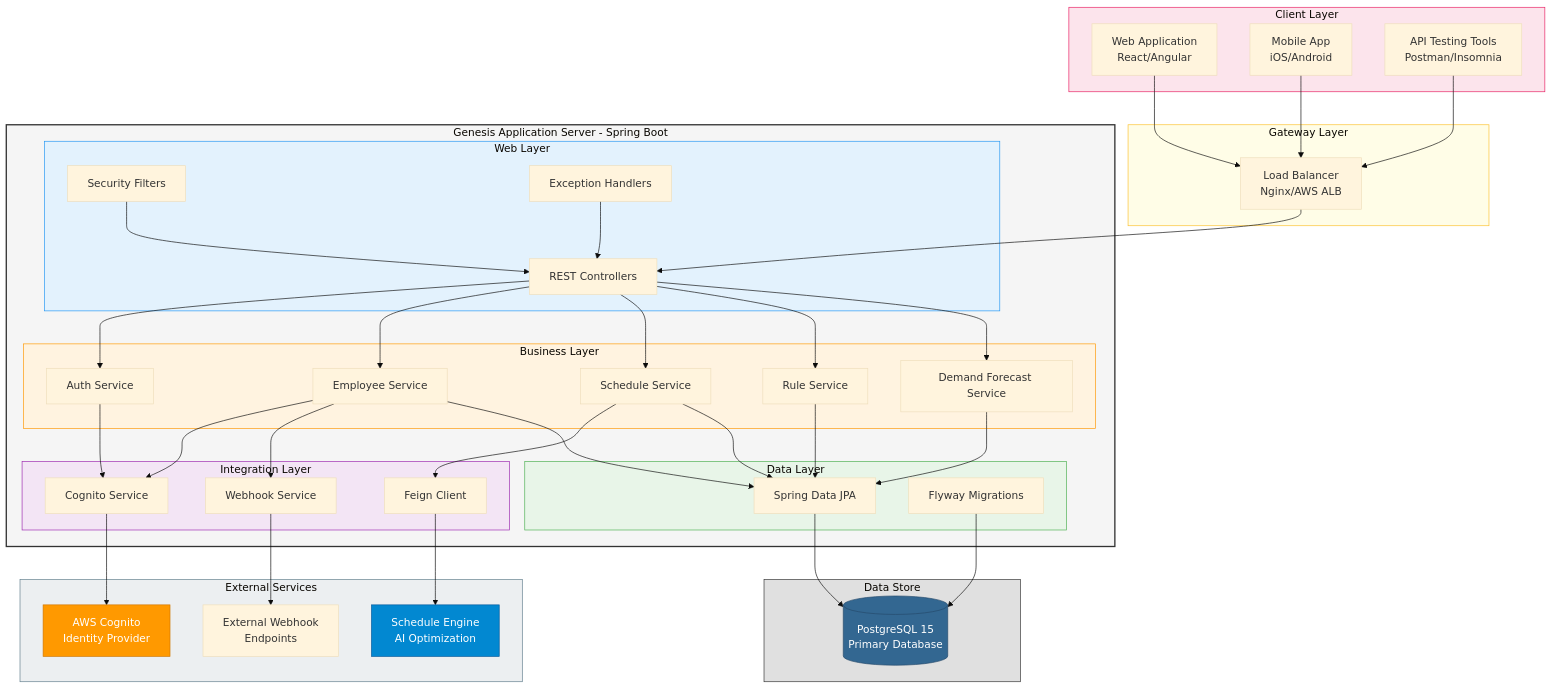
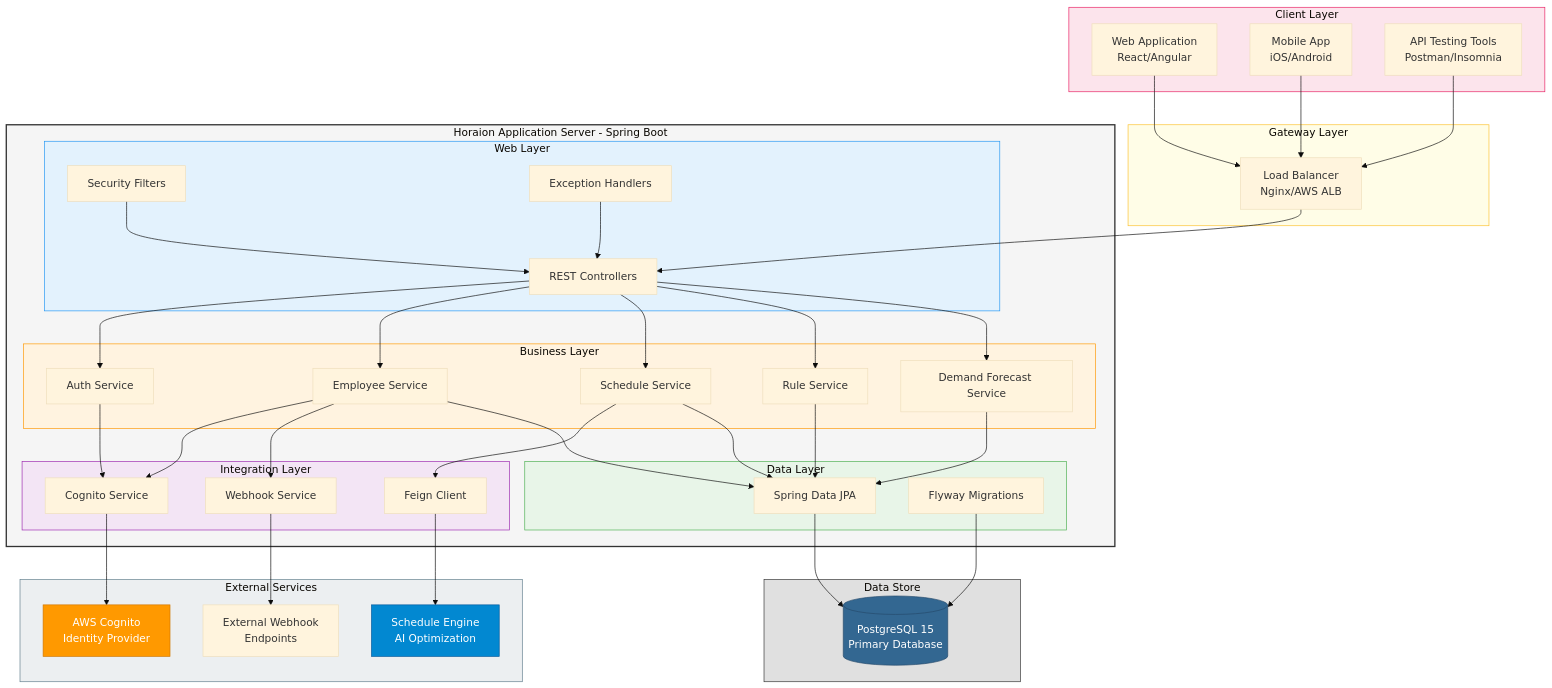
One commit to moses1998lee/horaion-documentation changed the first of 8 diagrams in technical_documentation/02_SYSTEM_ARCHITECTURE.md. Above: the diagram before and after it, drawn with Mermaid (base theme). The commit also changed other lines of this file and 4 other files, not shown here.

Commit message:
docs: Add comprehensive documentation for the auth module and rename the project from Genesis to Horaion in system architecture.

```diff
--- a/technical_documentation/02_SYSTEM_ARCHITECTURE.md
+++ b/technical_documentation/02_SYSTEM_ARCHITECTURE.md
@@ -48,7 +48,7 @@
         LB[Load Balancer<br/>Nginx/AWS ALB]
     end
 
-    subgraph Application_Server [Genesis Application Server - Spring Boot]
+    subgraph Application_Server [Horaion Application Server - Spring Boot]
         subgraph Web_Layer [Web Layer]
             Filters[Security Filters]
             Exceptions[Exception Handlers]
```
